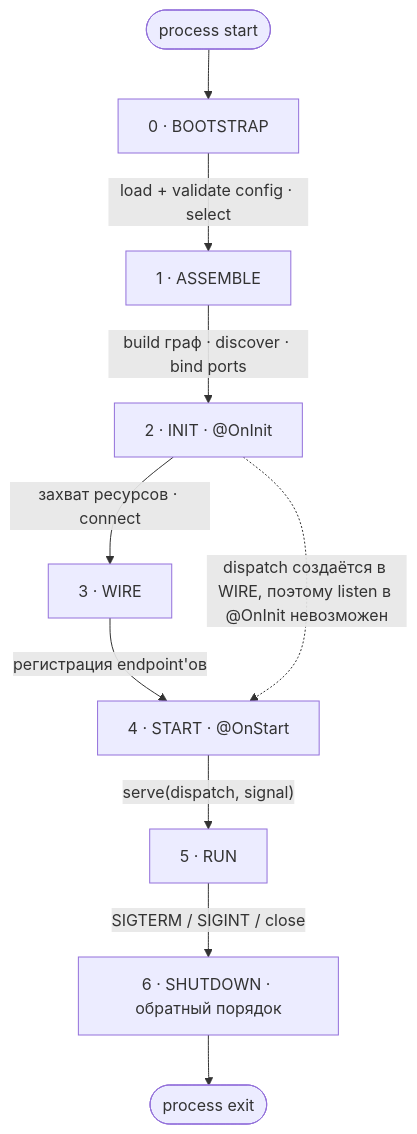
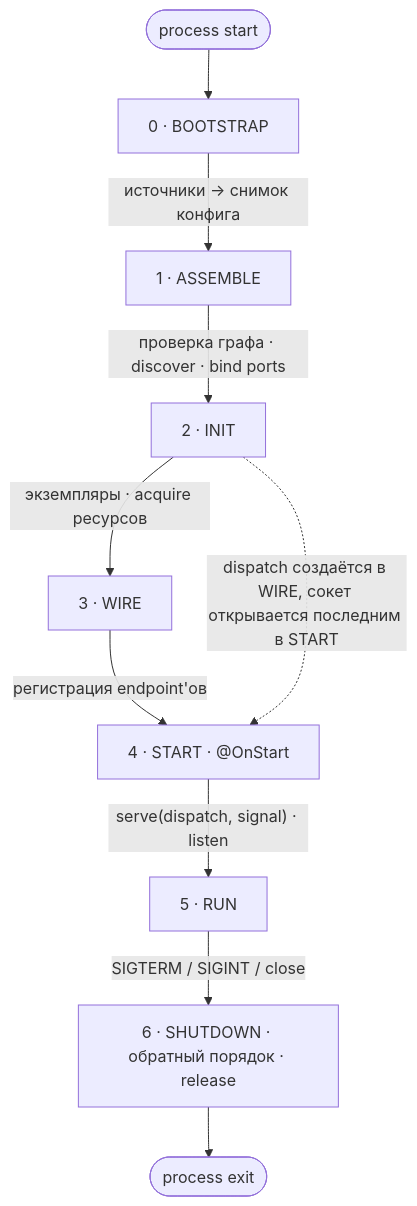
Before and after one commit to eonae/nestling: the diagram in docs/design/composition.md, drawn with Mermaid. The commit also changed other lines of this file and 17 other files, not shown here.

````diff
--- a/docs/design/composition.md
+++ b/docs/design/composition.md
@@ -16,13 +22,13 @@
 ```mermaid
 flowchart TD
     START([process start]) --> P0
-    P0["0 · BOOTSTRAP"] -->|"load + validate config · select"| P1
-    P1["1 · ASSEMBLE"] -->|"build граф · discover · bind ports"| P2
-    P2["2 · INIT · @OnInit"] -->|"захват ресурсов · connect"| P3
+    P0["0 · BOOTSTRAP"] -->|"источники → снимок конфига"| P1
+    P1["1 · ASSEMBLE"] -->|"проверка графа · discover · bind ports"| P2
+    P2["2 · INIT"] -->|"экземпляры · acquire ресурсов"| P3
     P3["3 · WIRE"] -->|"регистрация endpoint'ов"| P4
-    P4["4 · START · @OnStart"] -->|"serve(dispatch, signal)"| P5
+    P4["4 · START · @OnStart"] -->|"serve(dispatch, signal) · listen"| P5
     P5["5 · RUN"] -->|"SIGTERM / SIGINT / close"| P6
-    P6["6 · SHUTDOWN · обратный порядок"] --> EXIT([process exit])
+    P6["6 · SHUTDOWN · обратный порядок · release"] --> EXIT([process exit])
 
-    P2 -. "dispatch создаётся в WIRE, поэтому listen в @OnInit невозможен" .-> P4
+    P2 -. "dispatch создаётся в WIRE, сокет открывается последним в START" .-> P4
 ```
````
